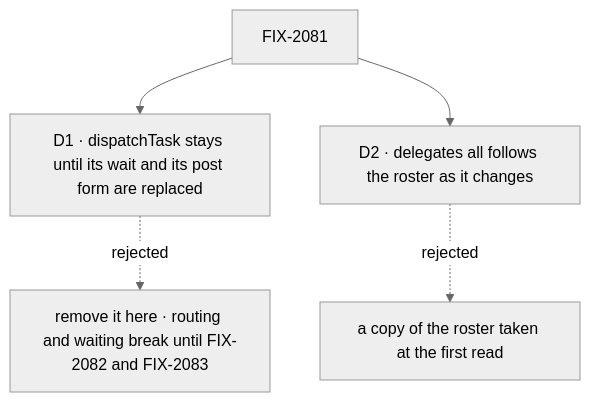
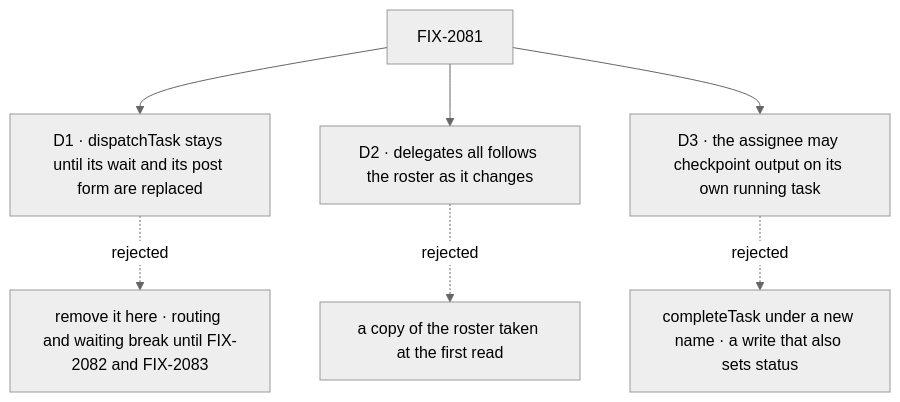
Before and after one commit to fixpoint-labs/flow-state-dev: the diagram in specs/issues/FIX-2081/DECISIONS.md, drawn with Mermaid (neutral theme). The commit also changed other lines of this file and 2 other files, not shown here.

First line of the commit message:
spec(FIX-2081): checkpoint output via updateTask — the output row and D3

````diff
--- a/specs/issues/FIX-2081/DECISIONS.md
+++ b/specs/issues/FIX-2081/DECISIONS.md
@@ -11,7 +11,9 @@
 ```mermaid
 flowchart TD
   I["FIX-2081"] --> D1["D1 · dispatchTask stays until its wait and its post form are replaced"]
   D1 -.->|"rejected"| X1["remove it here · routing and waiting break until FIX-2082 and FIX-2083"]
   I --> D2["D2 · delegates all follows the roster as it changes"]
   D2 -.->|"rejected"| X2["a copy of the roster taken at the first read"]
+  I --> D3["D3 · the assignee may checkpoint output on its own running task"]
+  D3 -.->|"rejected"| X3["completeTask under a new name · a write that also sets status"]
 ```
````
